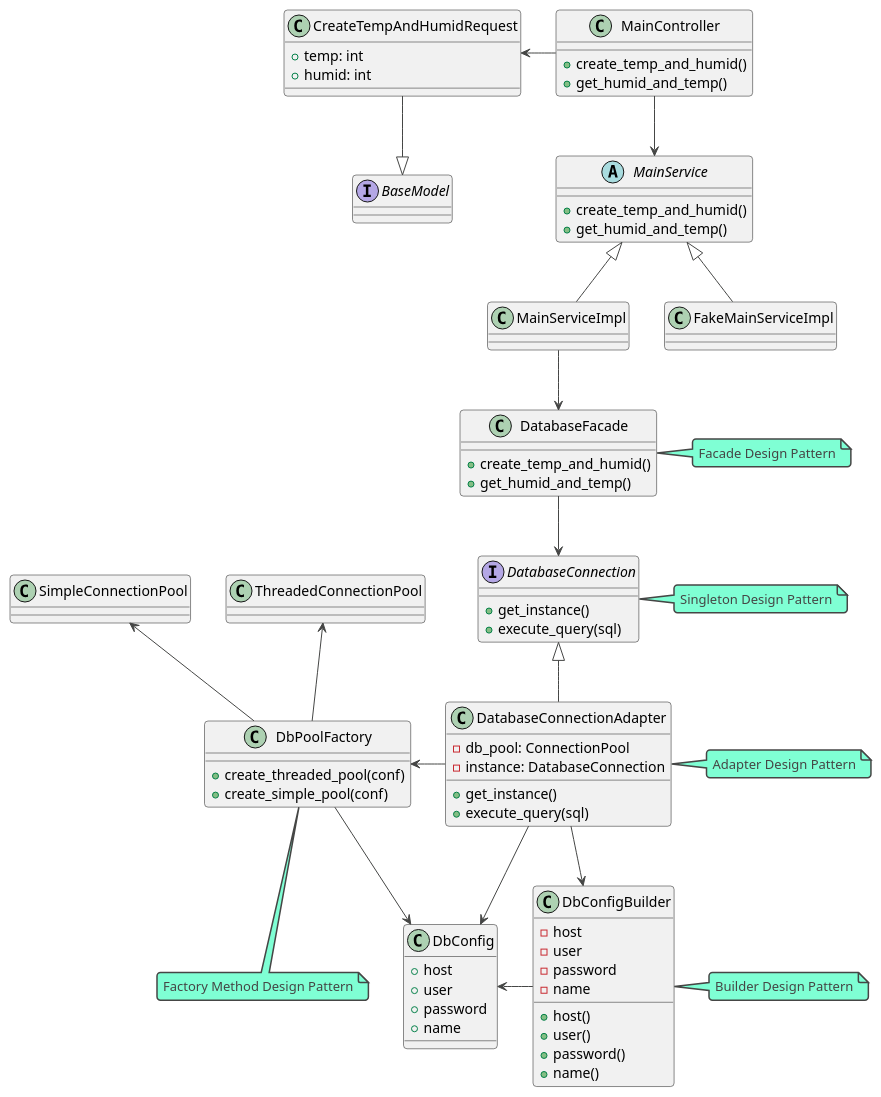
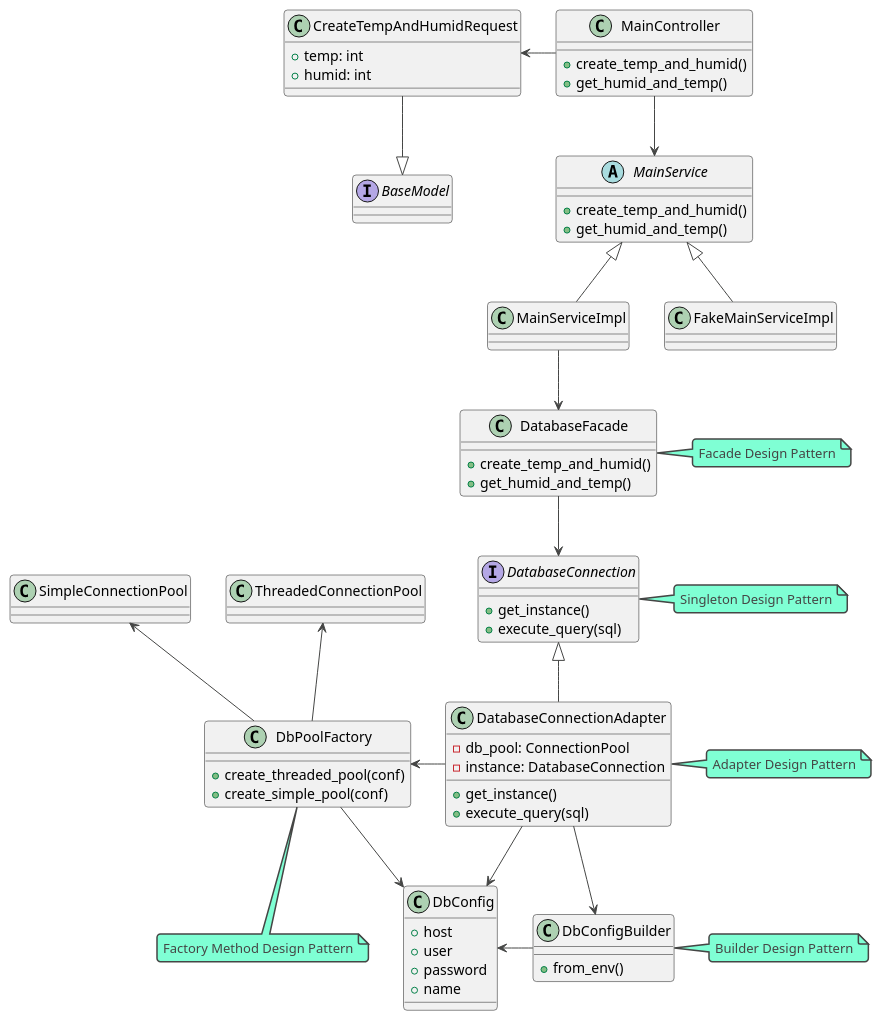
The diagram in uml.plantuml (hvhvdevdev/dadn), drawn with PlantUML before and after one commit. The commit also changed 3 other files, not shown here.

```diff
--- a/uml.plantuml
+++ b/uml.plantuml
@@ -1,84 +1,77 @@
 @startuml
 !theme vibrant
 
 interface DatabaseConnection {
         + get_instance()
         + execute_query(sql)
 }
 note right: Singleton Design Pattern
 
 class DatabaseConnectionAdapter {
     + get_instance()
     + execute_query(sql)
     - db_pool: ConnectionPool
     - instance: DatabaseConnection
 }
 note right: Adapter Design Pattern
 DatabaseConnectionAdapter -up-|> DatabaseConnection
 
 interface BaseModel
 
 class CreateTempAndHumidRequest {
     + temp: int
     + humid: int
 }
 CreateTempAndHumidRequest -down-|> BaseModel
 
 class MainController {
     + create_temp_and_humid()
     + get_humid_and_temp()
 }
 MainController --> MainService
 MainController -left-> CreateTempAndHumidRequest
 
 abstract class MainService {
     + create_temp_and_humid()
     + get_humid_and_temp()
 }
 
 class DatabaseFacade {
     + create_temp_and_humid()
     + get_humid_and_temp()
 }
 note right: Facade Design Pattern
 
 MainServiceImpl -up-|> MainService 
 FakeMainServiceImpl -up-|> MainService
 MainServiceImpl --> DatabaseFacade
 DatabaseFacade --> DatabaseConnection
 
 class DbPoolFactory {
     + create_threaded_pool(conf)
     + create_simple_pool(conf)
 }
 note bottom: Factory Method Design Pattern
 DatabaseConnectionAdapter -LEFT-> DbPoolFactory
 
 DbPoolFactory -up-> ThreadedConnectionPool
 DbPoolFactory -up-> SimpleConnectionPool
 
 class DbConfig {
     + host 
     + user 
     + password 
     + name
 }
 
 DbPoolFactory --> DbConfig
 DatabaseConnectionAdapter --> DbConfig
 DatabaseConnectionAdapter --> DbConfigBuilder
 DbConfigBuilder -left-> DbConfig
 
 class DbConfigBuilder {
-    + host()
-    + user()
-    + password()
-    + name()
-    - host 
-    - user 
-    - password 
-    - name
+    + from_env()
 }
 note right: Builder Design Pattern
 
 @enduml
```
